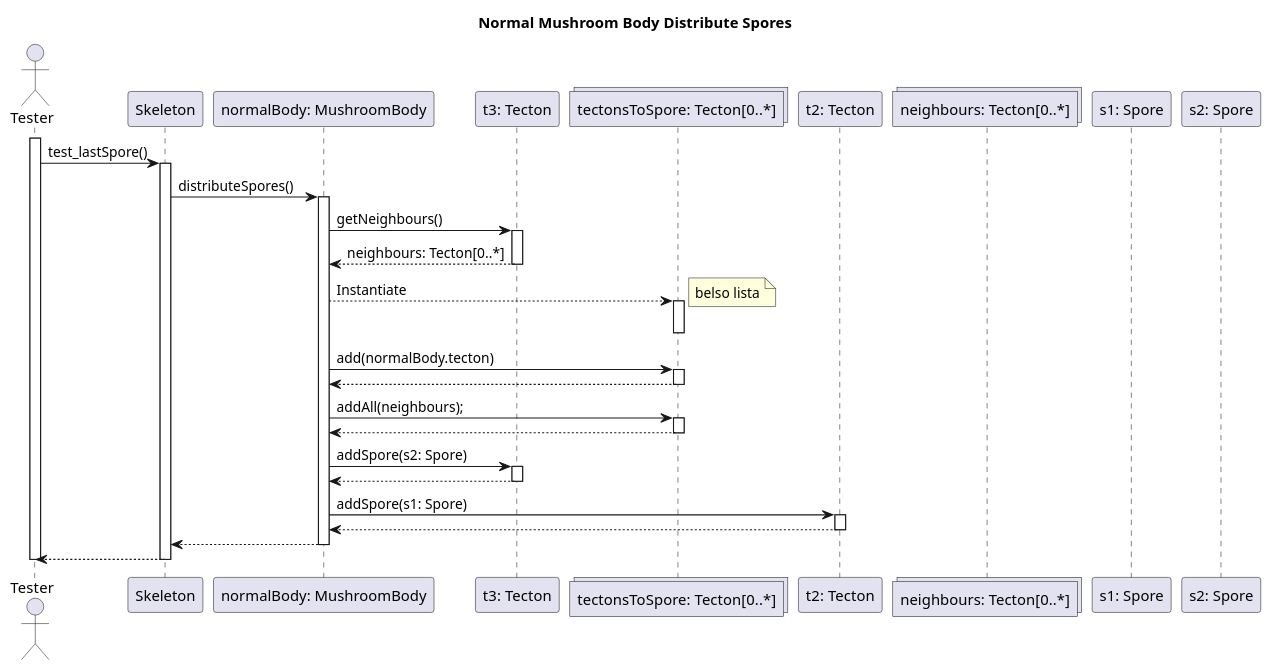
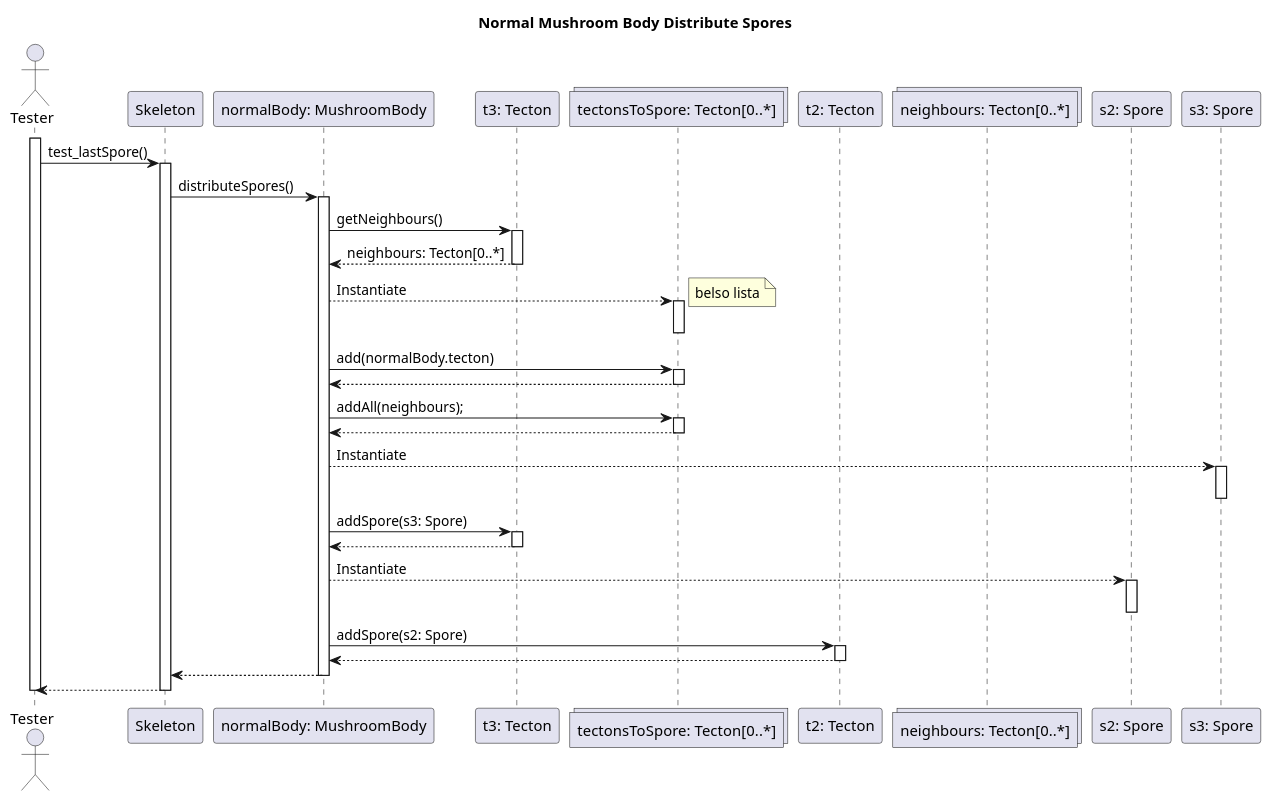
One commit to dzsem/projlab changed the diagram in diagrams/test-sequence/mushroom/normalMushroomBodyDistributeSpore.wsd. Above: the diagram before and after it, drawn with PlantUML. The commit also changed 2 other files, not shown here.

Commit message:
Added spore initialization to distribute spore sd-s

```diff
--- a/diagrams/test-sequence/mushroom/normalMushroomBodyDistributeSpore.wsd
+++ b/diagrams/test-sequence/mushroom/normalMushroomBodyDistributeSpore.wsd
@@ -1,76 +1,83 @@
 @startuml  Normal Mushroom Body Distribute Spores
 
 title Normal Mushroom Body Distribute Spores
 
 actor "Tester" as tester
 participant "Skeleton" as skeleton
 participant "normalBody: MushroomBody" as nmb
 participant "t3: Tecton" as t3
 
 collections "tectonsToSpore: Tecton[0..*]" as tectons
 
 participant "t2: Tecton" as t2
 
 collections "neighbours: Tecton[0..*]"
-participant "s1: Spore"
-participant "s2: Spore"
+participant "s2: Spore" as s2
+participant "s3: Spore" as s3
 
 activate tester
 tester -> skeleton: test_lastSpore()
 activate skeleton
 
 
 ' BEGIN COPY
 skeleton -> nmb: distributeSpores() 
 activate nmb
 nmb -> t3 : getNeighbours()
 activate t3
 t3 --> nmb : neighbours: Tecton[0..*]
 deactivate t3
 
 nmb --> tectons: Instantiate
 note right: belso lista
 activate tectons
 deactivate tectons
 
 nmb -> tectons: add(normalBody.tecton)
 activate tectons
 tectons --> nmb
 deactivate tectons
 
 nmb -> tectons: addAll(neighbours);
 activate tectons
 tectons --> nmb
 deactivate tectons
 
 ' CANT REUSE
 ' loop for each tectonToSpore in tectonsToSpore
 '     body -> tectonToSpore : addSpore(spore: Spore)
 '     activate tectonToSpore
 '     tectonToSpore --> body 
 '     deactivate tectonToSpore
 ' 
 ' end
 
+nmb --> s3: Instantiate
+activate s3
+deactivate s3
 
-nmb -> t3: addSpore(s2: Spore)
+nmb -> t3: addSpore(s3: Spore)
 activate t3
 t3 --> nmb
 deactivate t3
 
-nmb -> t2: addSpore(s1: Spore)
+nmb --> s2: Instantiate
+activate s2
+deactivate s2
+
+nmb -> t2: addSpore(s2: Spore)
 activate t2
 t2 --> nmb
 deactivate t2
 
 nmb --> skeleton
 deactivate nmb
 
 ' END COPY
 
 skeleton --> tester
 deactivate skeleton
 
 deactivate tester
 
 @enduml
```
